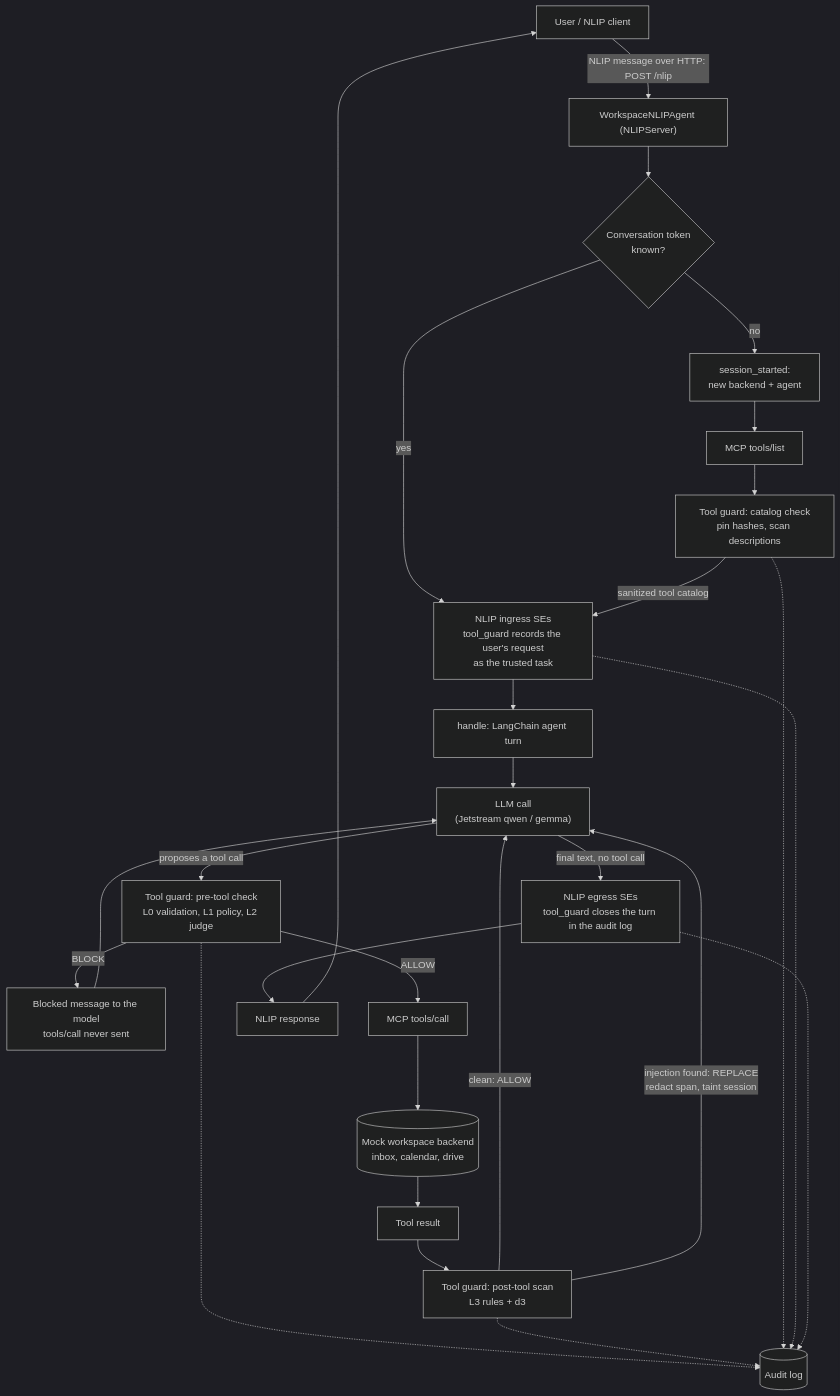
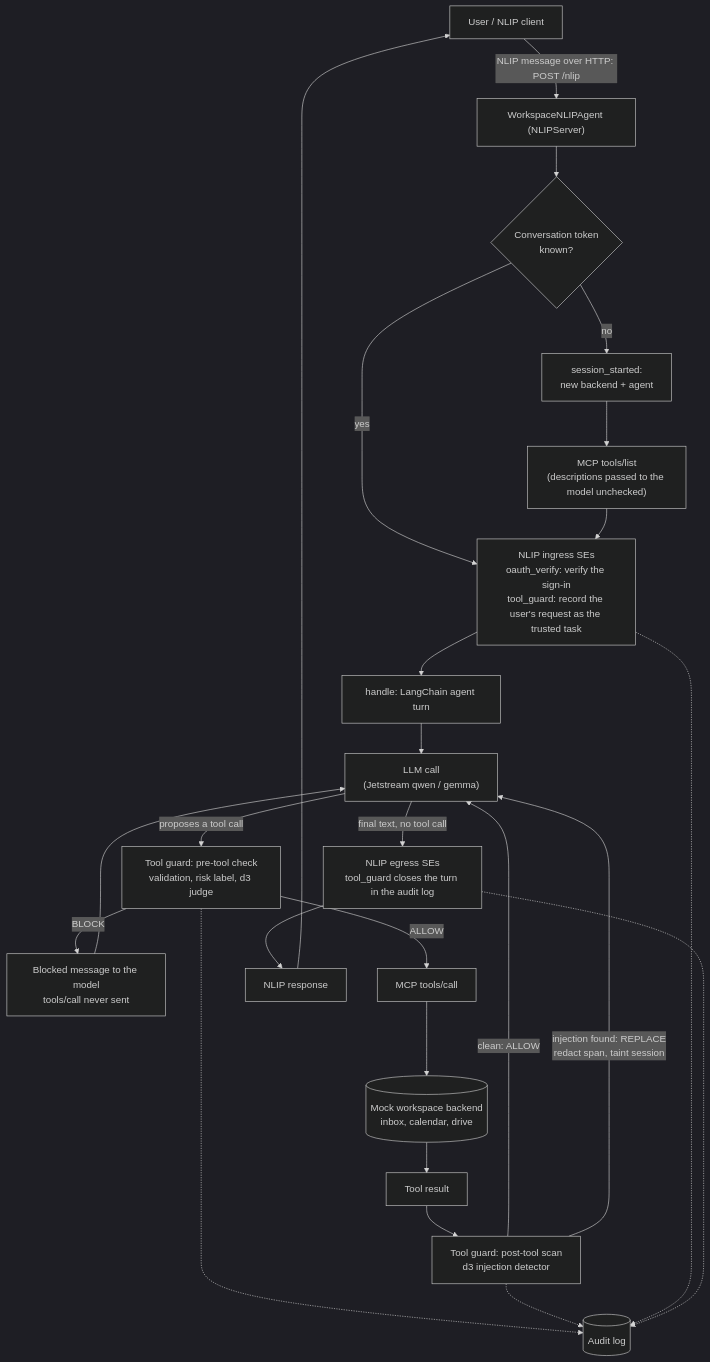
The first of 4 diagrams in security_extensions/tool_guard/WORKFLOW.md (jhsu12/NLIP-security-extensions), drawn with Mermaid (dark theme) before and after one commit. The commit also changed other lines of this file and 11 other files, not shown here.

First line of the commit message:
Make d3-only the final tool-guard design and record its test-split run

````diff
--- a/security_extensions/tool_guard/WORKFLOW.md
+++ b/security_extensions/tool_guard/WORKFLOW.md
@@ -9,34 +21,32 @@
 ```mermaid
 flowchart TD
     U["User / NLIP client"] -->|"NLIP message over HTTP: POST /nlip"| S["WorkspaceNLIPAgent (NLIPServer)"]
     S --> SESS{"Conversation token<br/>known?"}
     SESS -->|no| START["session_started:<br/>new backend + agent"]
     SESS -->|yes| ING
-    START --> LIST["MCP tools/list"]
-    LIST --> CAT["Tool guard: catalog check<br/>pin hashes, scan descriptions"]
-    CAT -->|"sanitized tool catalog"| ING
+    START --> LIST["MCP tools/list<br/>(descriptions passed to the model unchecked)"]
+    LIST --> ING
 
-    ING["NLIP ingress SEs<br/>tool_guard records the user's request<br/>as the trusted task"] --> H["handle: LangChain agent turn"]
+    ING["NLIP ingress SEs<br/>oauth_verify: verify the sign-in<br/>tool_guard: record the user's request as the trusted task"] --> H["handle: LangChain agent turn"]
 
     H --> M["LLM call<br/>(Jetstream qwen / gemma)"]
     M -->|"final text, no tool call"| EG
-    M -->|"proposes a tool call"| PRE["Tool guard: pre-tool check<br/>L0 validation, L1 policy, L2 judge"]
+    M -->|"proposes a tool call"| PRE["Tool guard: pre-tool check<br/>validation, risk label, d3 judge"]
 
     PRE -->|BLOCK| BMSG["Blocked message to the model<br/>tools/call never sent"]
     BMSG --> M
     PRE -->|ALLOW| CALL["MCP tools/call"]
     CALL --> BE[("Mock workspace backend<br/>inbox, calendar, drive")]
     BE --> RES["Tool result"]
-    RES --> POST["Tool guard: post-tool scan<br/>L3 rules + d3"]
+    RES --> POST["Tool guard: post-tool scan<br/>d3 injection detector"]
     POST -->|"clean: ALLOW"| M
     POST -->|"injection found: REPLACE<br/>redact span, taint session"| M
 
     EG["NLIP egress SEs<br/>tool_guard closes the turn in the audit log"] --> R["NLIP response"]
     R --> U
 
     PRE -.-> AUD[("Audit log")]
     POST -.-> AUD
-    CAT -.-> AUD
     ING -.-> AUD
     EG -.-> AUD
 ```
````
